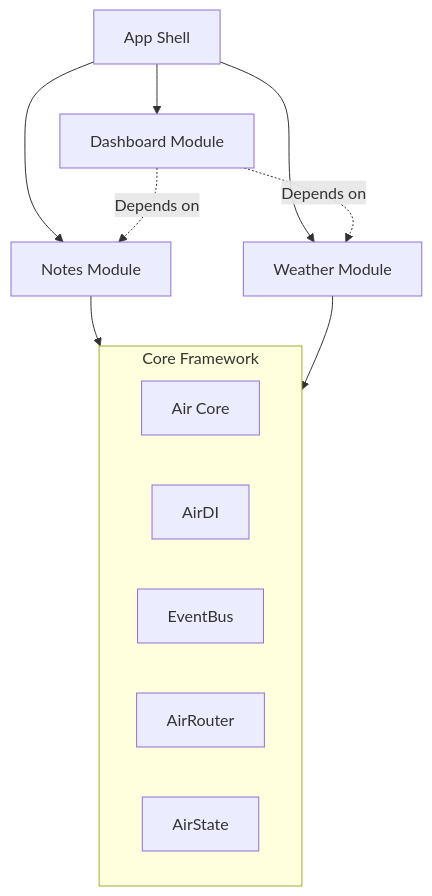
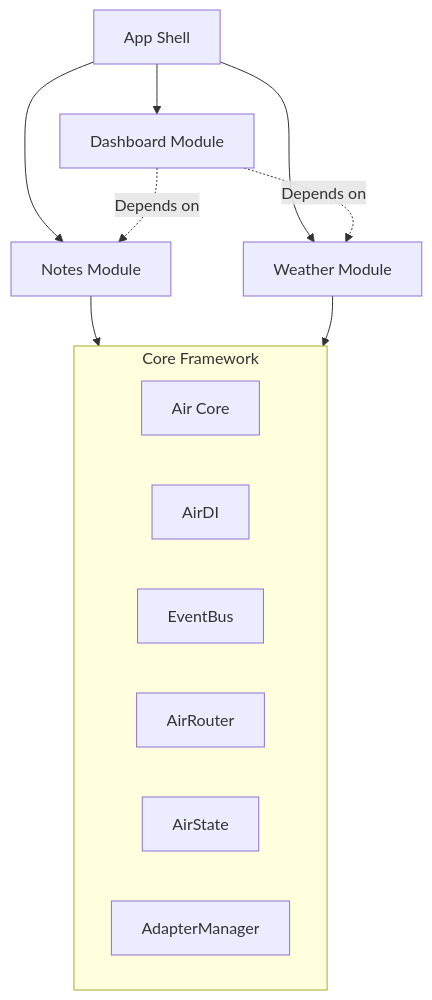
One commit to AndreyDAraya/air-doc changed the diagram in src/content/docs/core/architecture.mdx. Above: the diagram before and after it, drawn with Mermaid. The commit also changed other lines of this file and 5 other files, not shown here.

````diff
--- a/src/content/docs/core/architecture.mdx
+++ b/src/content/docs/core/architecture.mdx
@@ -12,20 +12,21 @@
 ```mermaid
 graph TD
     App[App Shell] --> Notes[Notes Module]
     App --> Weather[Weather Module]
     App --> Dash[Dashboard Module]
 
     Dash -.->|Depends on| Notes
     Dash -.->|Depends on| Weather
 
     subgraph CoreF [Core Framework]
     Core[Air Core]
     DI[AirDI]
     Bus[EventBus]
     Router[AirRouter]
     State[AirState]
+    Adapters[AdapterManager]
     end
 
     Notes --> CoreF
     Weather --> CoreF
 ```
````
